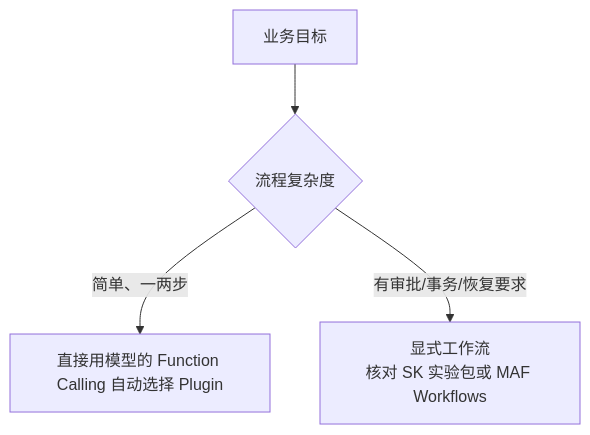
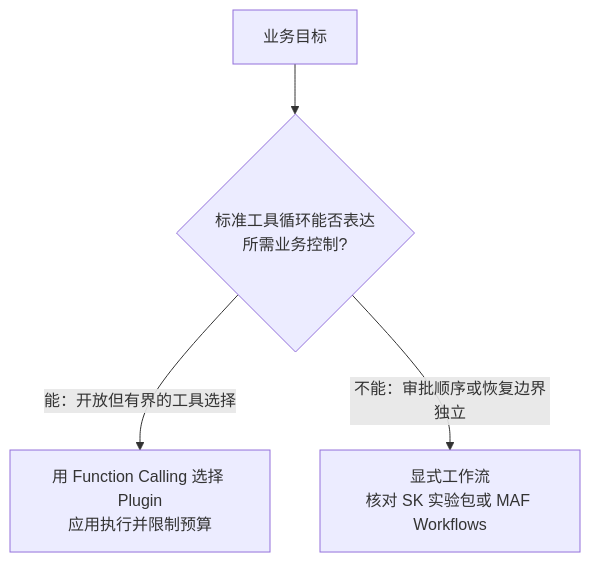
The diagram in docs/frameworks/04-semantic-kernel/18-kernel-plugin-planner.md (oneleaveknowsthefall/awesome-ai-roadmap), drawn with Mermaid before and after one commit. The commit also changed other lines of this file and 27 other files, not shown here.

````diff
--- a/docs/frameworks/04-semantic-kernel/18-kernel-plugin-planner.md
+++ b/docs/frameworks/04-semantic-kernel/18-kernel-plugin-planner.md
@@ -50,6 +50,6 @@
 ```mermaid
 flowchart TB
-    G["业务目标"] --> D{"流程复杂度"}
-    D -->|"简单、一两步"| M["直接用模型的 Function Calling 自动选择 Plugin"]
-    D -->|"有审批/事务/恢复要求"| PF["显式工作流<br/>核对 SK 实验包或 MAF Workflows"]
+    G["业务目标"] --> D{"标准工具循环能否表达<br/>所需业务控制?"}
+    D -->|"能：开放但有界的工具选择"| M["用 Function Calling 选择 Plugin<br/>应用执行并限制预算"]
+    D -->|"不能：审批顺序或恢复边界独立"| PF["显式工作流<br/>核对 SK 实验包或 MAF Workflows"]
 ```
````
